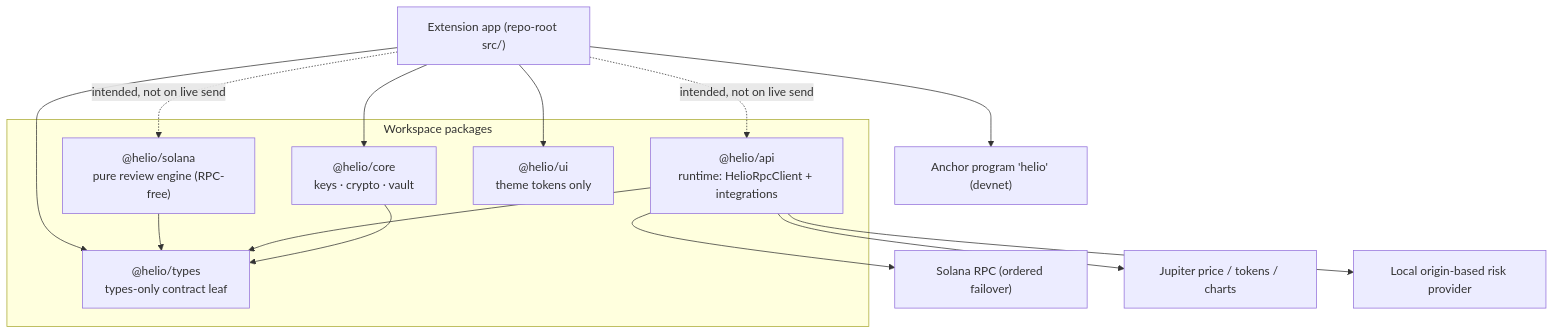
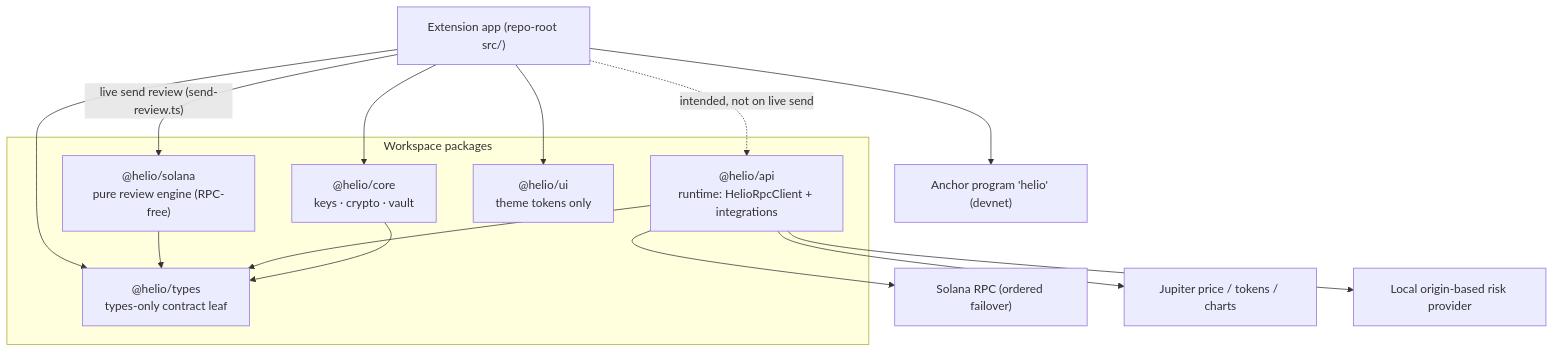
The first of 2 diagrams in docs/architecture.md (UtkarshArjariya/Helio-Wallet), drawn with Mermaid before and after one commit. The commit also changed other lines of this file, not shown here.

Commit message:
refine architecture documentation: update routing and cluster details, enhance send flow description, and clarify status of Smart Transaction Adjustment integration

````diff
--- a/docs/architecture.md
+++ b/docs/architecture.md
@@ -57,27 +57,27 @@
 ```mermaid
 flowchart TD
     extension["Extension app (repo-root src/)"]
 
     subgraph shared["Workspace packages"]
         core["@helio/core<br/>keys · crypto · vault"]
         solana["@helio/solana<br/>pure review engine (RPC-free)"]
         api["@helio/api<br/>runtime: HelioRpcClient + integrations"]
         types["@helio/types<br/>types-only contract leaf"]
         ui["@helio/ui<br/>theme tokens only"]
     end
 
     extension --> core
     extension --> types
     extension --> ui
-    extension -. "intended, not on live send" .-> solana
+    extension -- "live send review (send-review.ts)" --> solana
     extension -. "intended, not on live send" .-> api
 
     api --> rpc["Solana RPC (ordered failover)"]
     api --> jupiter["Jupiter price / tokens / charts"]
     api --> risk["Local origin-based risk provider"]
     extension --> anchor["Anchor program 'helio' (devnet)"]
 
     solana --> types
     api --> types
     core --> types
 ```
````
